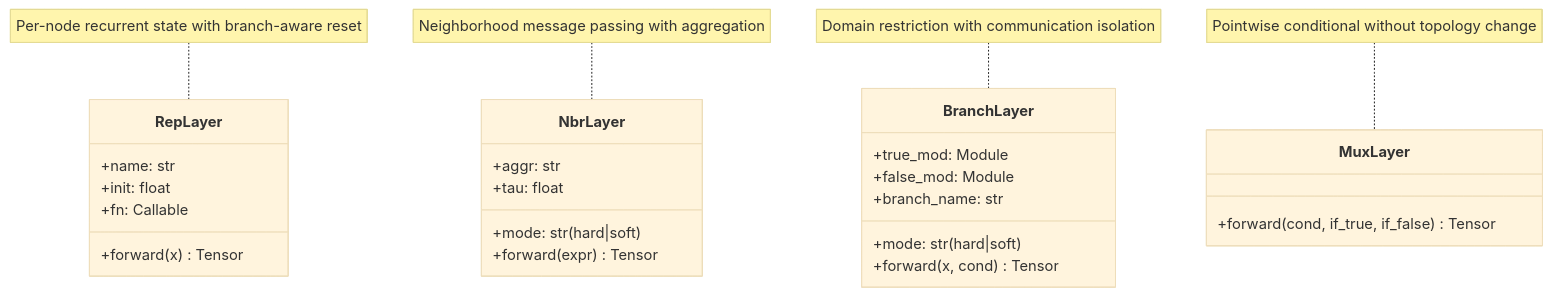
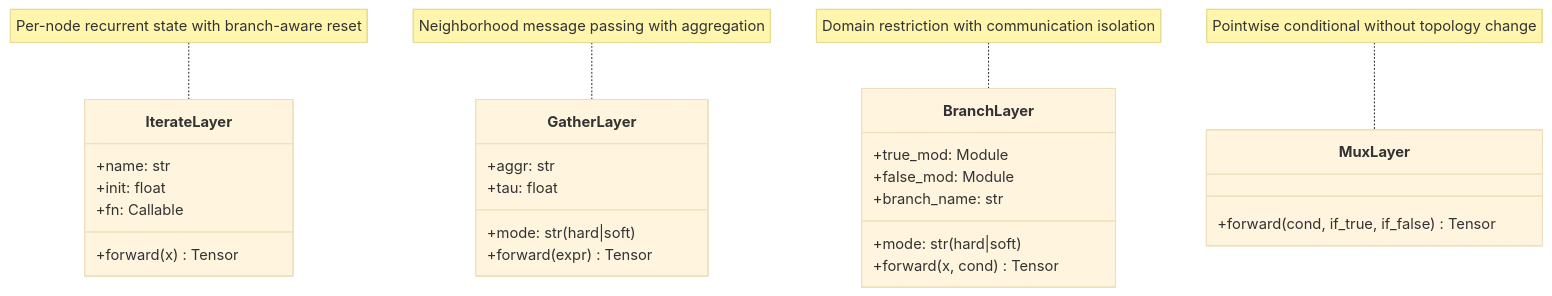
One commit to cric96/DifField changed the fourth of 15 diagrams in docs/architecture.md. Above: the diagram before and after it, drawn with Mermaid (base theme). The commit also changed other lines of this file and 48 other files, not shown here.

````diff
--- a/docs/architecture.md
+++ b/docs/architecture.md
@@ -172,33 +172,33 @@
 ```mermaid
 classDiagram
-    class RepLayer {
+    class IterateLayer {
         +name: str
         +init: float
         +fn: Callable
         +forward(x) Tensor
     }
 
-    class NbrLayer {
+    class GatherLayer {
         +aggr: str
         +mode: str (hard|soft)
         +tau: float
         +forward(expr) Tensor
     }
 
     class BranchLayer {
         +true_mod: Module
         +false_mod: Module
         +branch_name: str
         +mode: str (hard|soft)
         +forward(x, cond) Tensor
     }
 
     class MuxLayer {
         +forward(cond, if_true, if_false) Tensor
     }
 
-    note for RepLayer "Per-node recurrent state with branch-aware reset"
-    note for NbrLayer "Neighborhood message passing with aggregation"
+    note for IterateLayer "Per-node recurrent state with branch-aware reset"
+    note for GatherLayer "Neighborhood message passing with aggregation"
     note for BranchLayer "Domain restriction with communication isolation"
     note for MuxLayer "Pointwise conditional without topology change"
 ```
````
